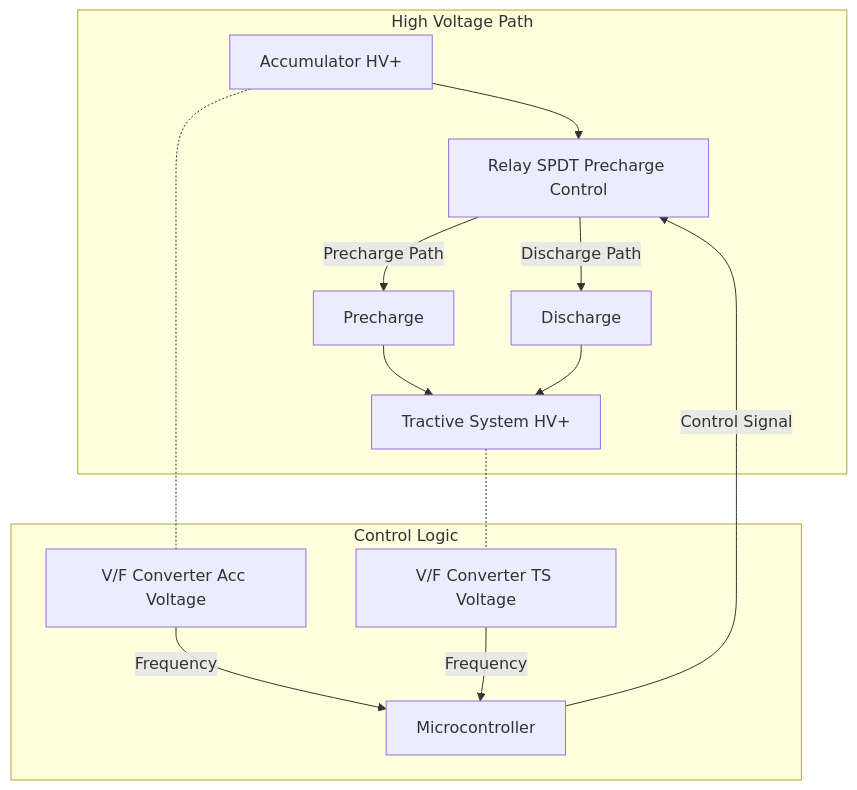
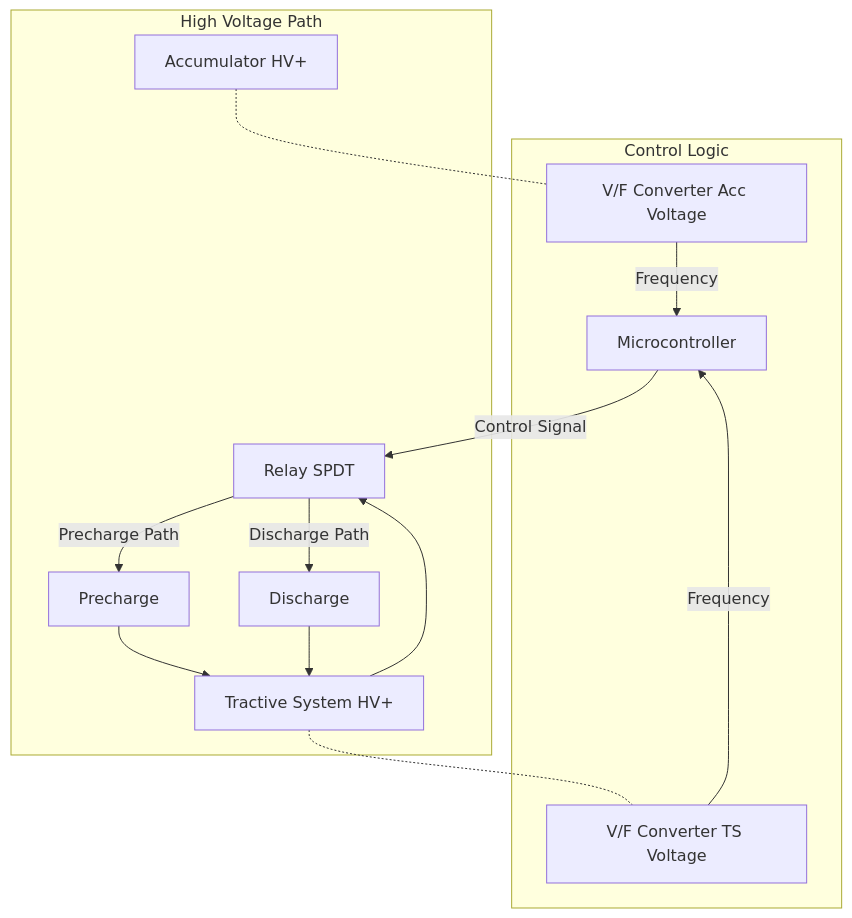
The diagram in buildbook.md (HYAlbert/EV-Documentation), drawn with Mermaid before and after one commit.

````diff
--- a/buildbook.md
+++ b/buildbook.md
@@ -249,28 +249,28 @@
 ```mermaid
 graph TD
     subgraph HV_Path [High Voltage Path]
         ACC[Accumulator HV+]
         TS[Tractive System HV+]
-        K3[Relay SPDT Precharge Control]
+        K3[Relay SPDT]
         
-        ACC --> K3
+        TS --> K3
         K3 -- Precharge Path --> P_STATE[Precharge]
         K3 -- Discharge Path --> D_STATE[Discharge]
         P_STATE --> TS
         D_STATE --> TS
     end
 
     subgraph Control [Control Logic]
         MCU[Microcontroller]
         VFC1[V/F Converter Acc Voltage]
         VFC2[V/F Converter TS Voltage]
         
         VFC1 -->|Frequency| MCU
         VFC2 -->|Frequency| MCU
         MCU -->|Control Signal| K3
     end
 
     %% Sensing Connections
     ACC -.- VFC1
     TS -.- VFC2
 ```
````
